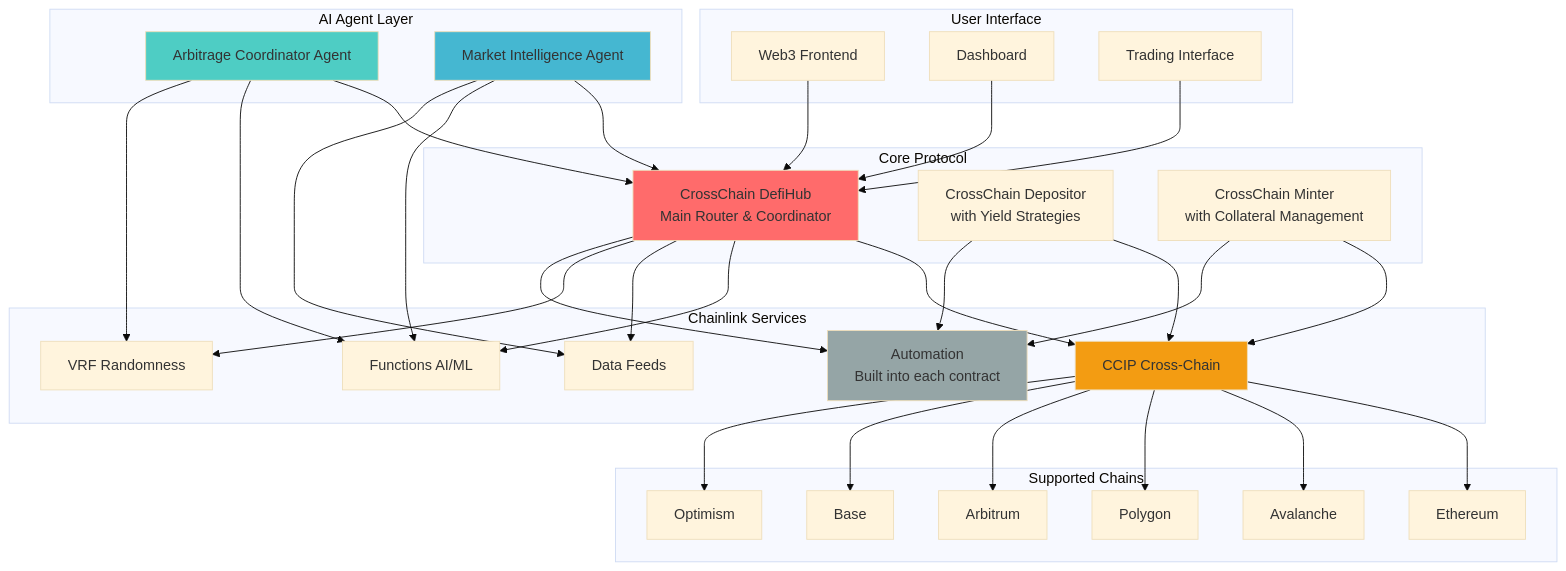
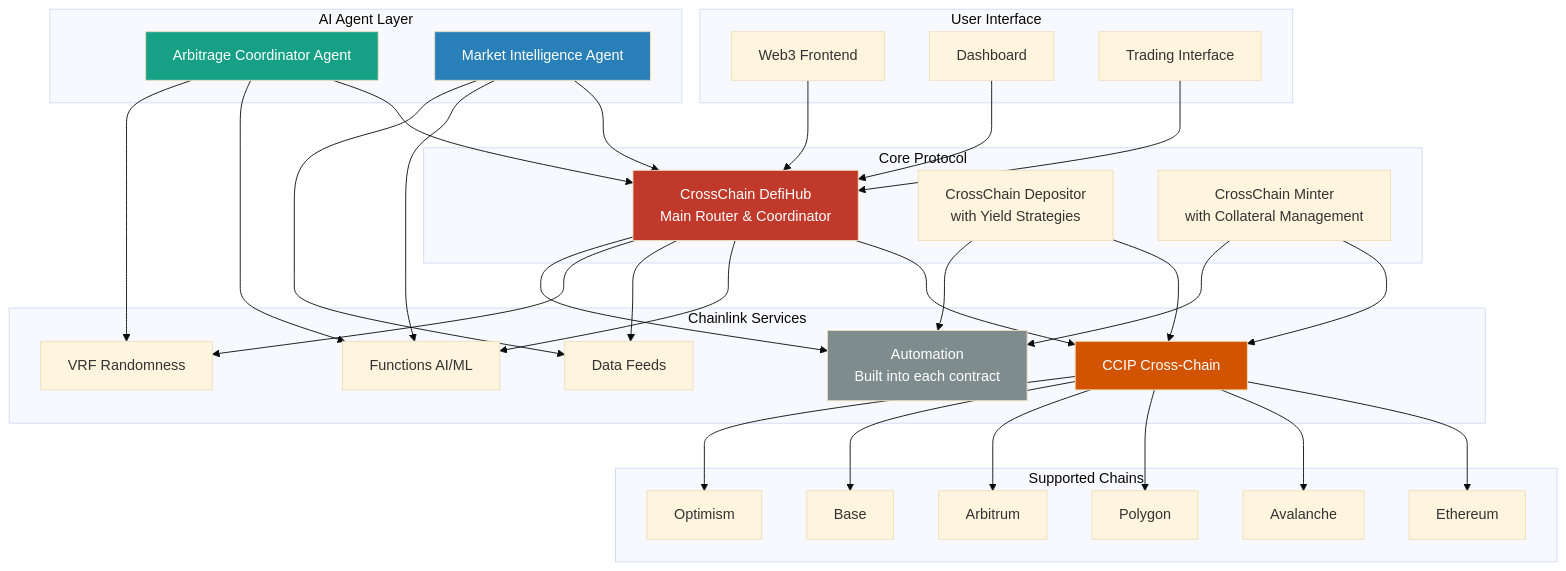
One commit to abhishek-01k/crosschaindefi changed the first of 4 diagrams in README.md. Above: the diagram before and after it, drawn with Mermaid (base theme). The commit also changed other lines of this file, not shown here.

Commit message:
fix the color of text

````diff
--- a/README.md
+++ b/README.md
@@ -88,71 +88,71 @@
 ```mermaid
 graph TB
     subgraph "User Interface"
         UI[Web3 Frontend]
         DASH[Dashboard]
         TRADE[Trading Interface]
     end
 
     subgraph "AI Agent Layer"
         ACA[Arbitrage Coordinator Agent]
         MIA[Market Intelligence Agent]
     end
 
     subgraph "Core Protocol"
         HUB[CrossChain DefiHub<br/>Main Router & Coordinator]
         DEP[CrossChain Depositor<br/>with Yield Strategies]
         MINT[CrossChain Minter<br/>with Collateral Management]
     end
 
     subgraph "Chainlink Services"
         CCIP[CCIP Cross-Chain]
         FUNC[Functions AI/ML]
         FEED[Data Feeds]
         VRF[VRF Randomness]
         AUTO_CL[Automation<br/>Built into each contract]
     end
 
     subgraph "Supported Chains"
         ETH[Ethereum]
         AVAX[Avalanche]
         POLY[Polygon]
         ARB[Arbitrum]
         BASE[Base]
         OPT[Optimism]
     end
 
     UI --> HUB
     DASH --> HUB
     TRADE --> HUB
 
     ACA --> HUB
     MIA --> HUB
     ACA --> FUNC
     ACA --> VRF
     MIA --> FUNC
     MIA --> FEED
 
     HUB --> CCIP
     HUB --> FUNC
     HUB --> FEED
     HUB --> VRF
     HUB --> AUTO_CL
 
     DEP --> CCIP
     DEP --> AUTO_CL
     MINT --> CCIP
     MINT --> AUTO_CL
 
     CCIP --> ETH
     CCIP --> AVAX
     CCIP --> POLY
     CCIP --> ARB
     CCIP --> BASE
     CCIP --> OPT
 
-    style HUB fill:#ff6b6b
-    style ACA fill:#4ecdc4
-    style MIA fill:#45b7d1
-    style CCIP fill:#f39c12
-    style AUTO_CL fill:#95a5a6
+    style HUB fill:#c0392b,color:#ffffff
+    style ACA fill:#16a085,color:#ffffff
+    style MIA fill:#2980b9,color:#ffffff
+    style CCIP fill:#d35400,color:#ffffff
+    style AUTO_CL fill:#7f8c8d,color:#ffffff
 ```
````
